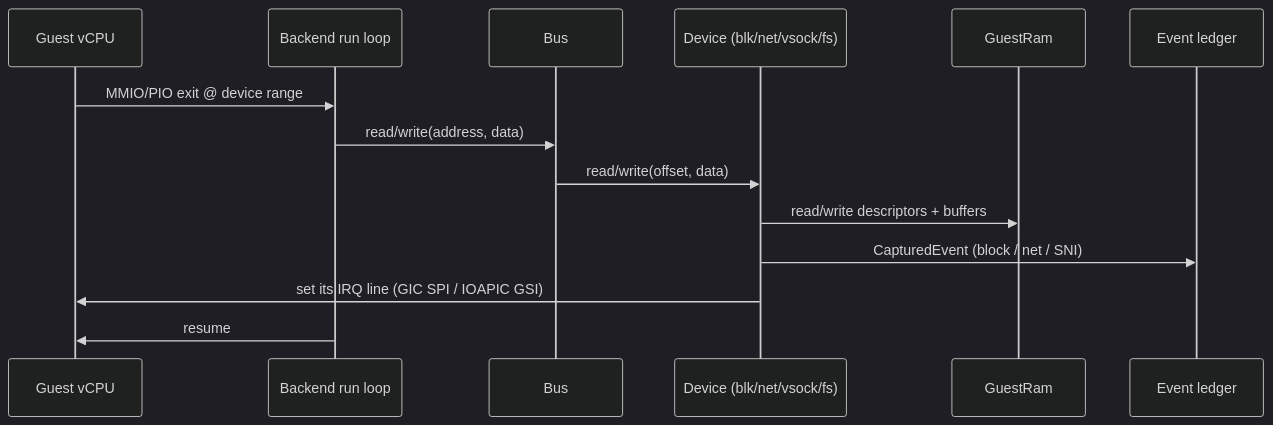
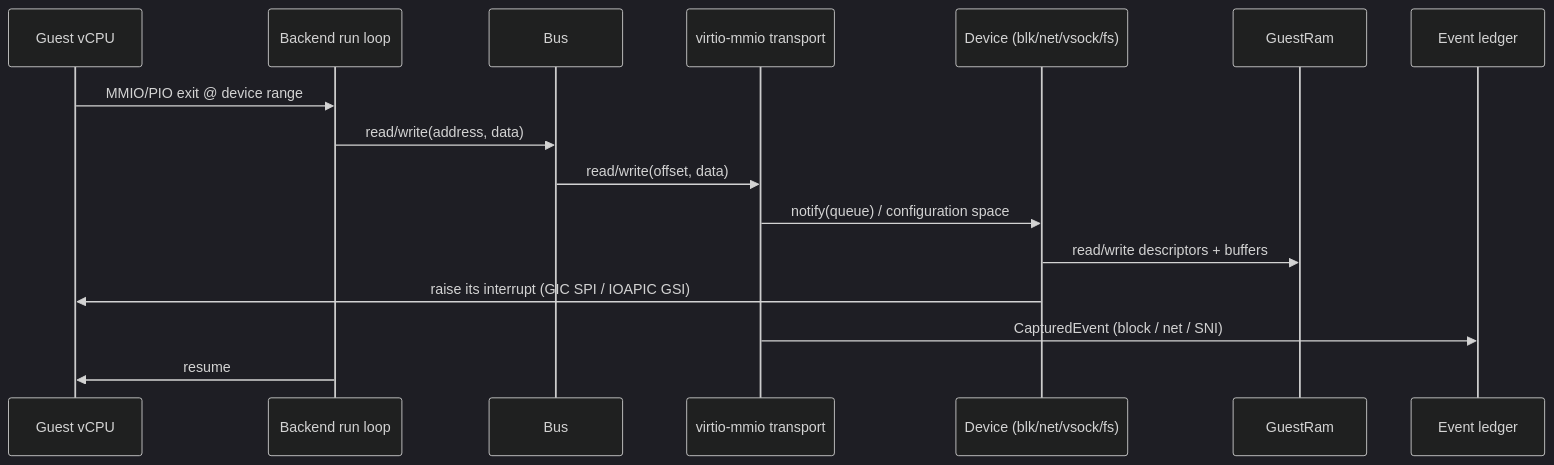
One commit to brig-sh/hvi-vmm changed the fourth of 4 diagrams in docs/architecture.md. Above: the diagram before and after it, drawn with Mermaid (dark theme). The commit also changed other lines of this file and 7 other files, not shown here.

````diff
--- a/docs/architecture.md
+++ b/docs/architecture.md
@@ -338,16 +338,18 @@
 ```mermaid
 sequenceDiagram
     participant G as Guest vCPU
     participant B as Backend run loop
     participant R as Bus
+    participant T as virtio-mmio transport
     participant D as Device (blk/net/vsock/fs)
     participant M as GuestRam
     participant L as Event ledger
     G->>B: MMIO/PIO exit @ device range
     B->>R: read/write(address, data)
-    R->>D: read/write(offset, data)
+    R->>T: read/write(offset, data)
+    T->>D: notify(queue) / configuration space
     D->>M: read/write descriptors + buffers
-    D->>L: CapturedEvent (block / net / SNI)
-    D->>G: set its IRQ line (GIC SPI / IOAPIC GSI)
+    D->>G: raise its interrupt (GIC SPI / IOAPIC GSI)
+    T->>L: CapturedEvent (block / net / SNI)
     B->>G: resume
 ```
````
